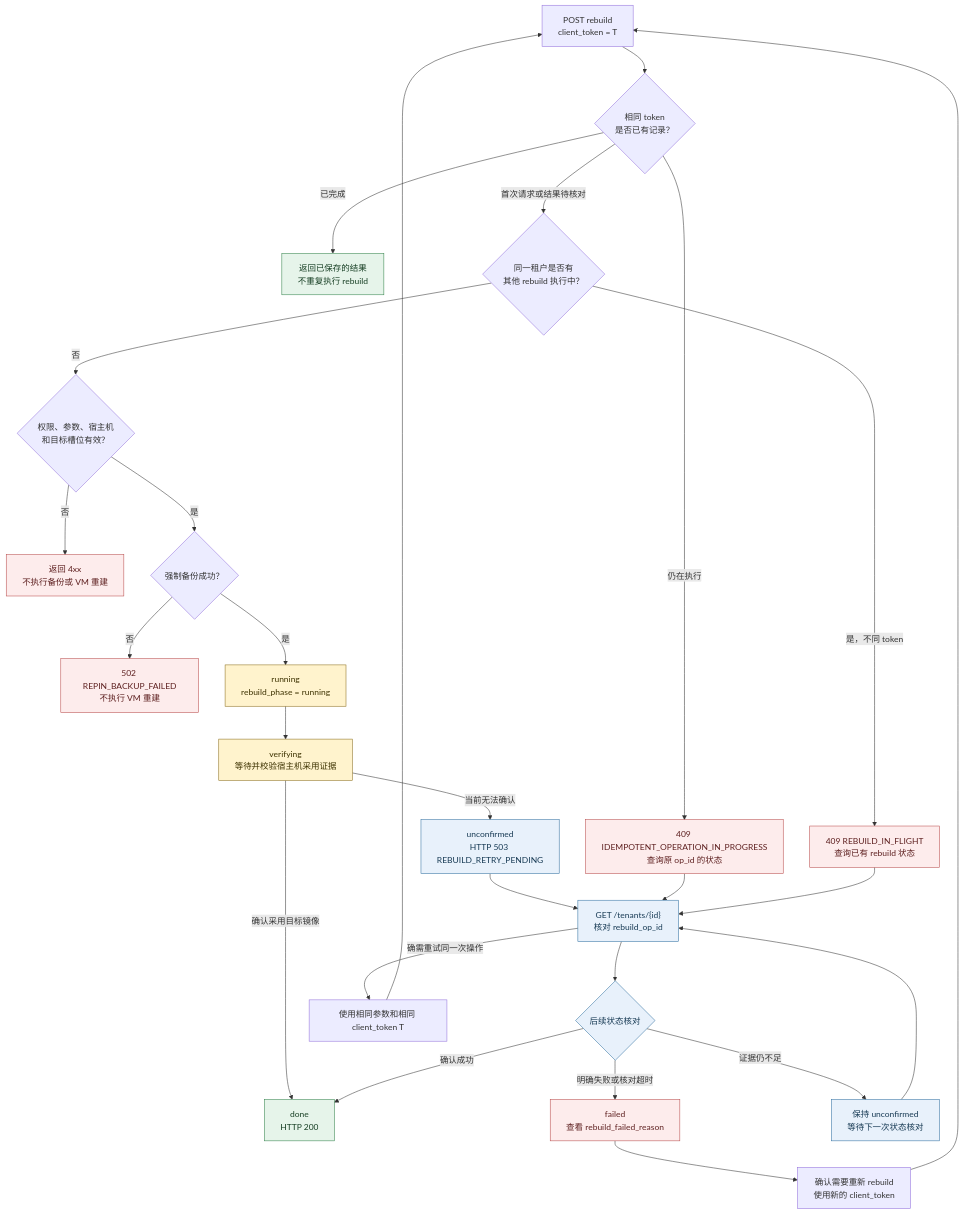
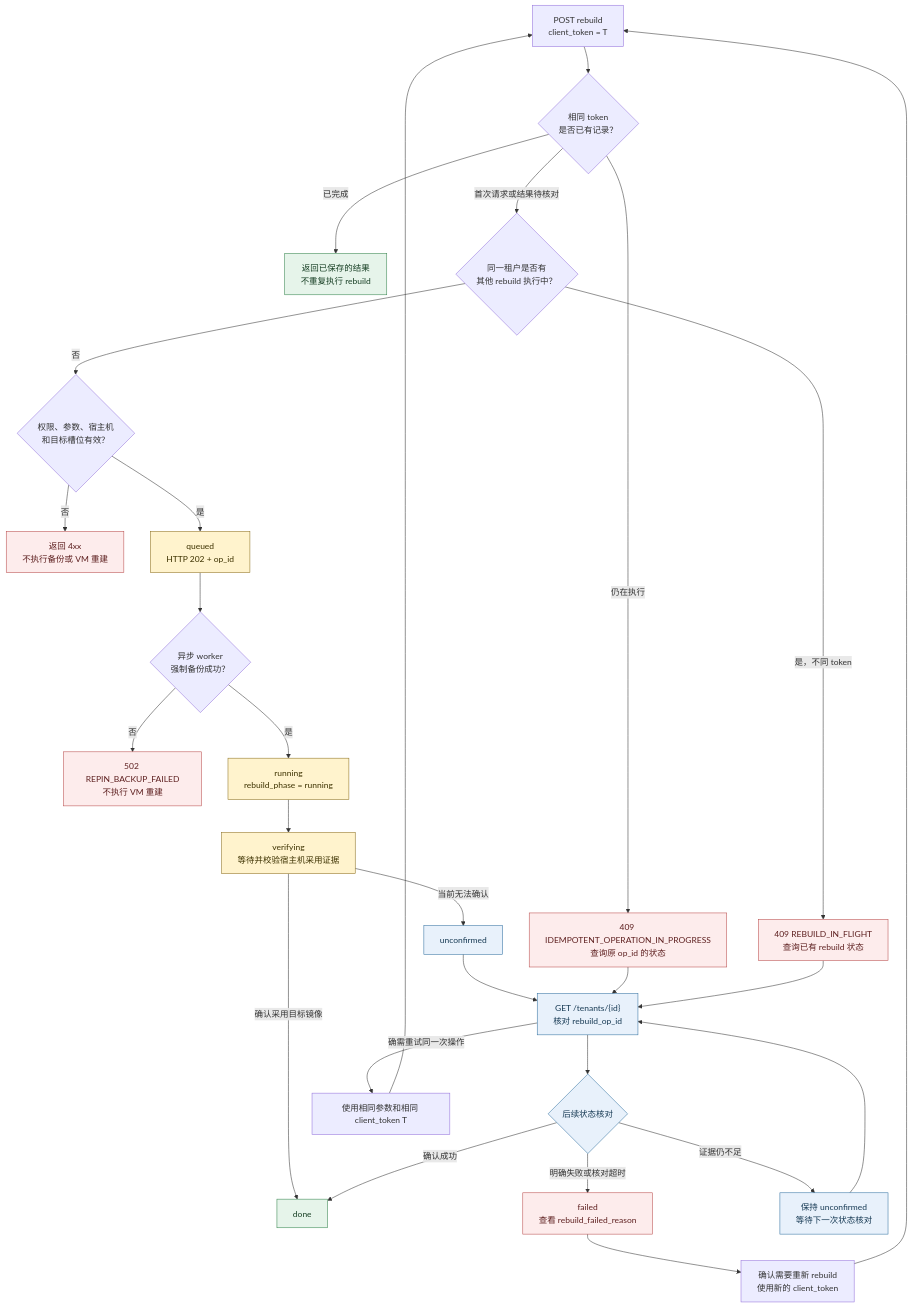
Before and after one commit to aws-samples/sample-multi-tenant-openclaw-on-firecracker: the diagram in docs/api/rebuild-api.md, drawn with Mermaid. The commit also changed other lines of this file and 26 other files, not shown here.

````diff
--- a/docs/api/rebuild-api.md
+++ b/docs/api/rebuild-api.md
@@ -119,41 +120,42 @@
 ```mermaid
 flowchart TD
     A["POST rebuild<br/>client_token = T"] --> B{"相同 token<br/>是否已有记录？"}
     B -->|"已完成"| B1["返回已保存的结果<br/>不重复执行 rebuild"]
     B -->|"仍在执行"| B2["409 IDEMPOTENT_OPERATION_IN_PROGRESS<br/>查询原 op_id 的状态"]
     B -->|"首次请求或结果待核对"| C{"同一租户是否有<br/>其他 rebuild 执行中？"}
 
     C -->|"是，不同 token"| C1["409 REBUILD_IN_FLIGHT<br/>查询已有 rebuild 状态"]
     C -->|"否"| D{"权限、参数、宿主机<br/>和目标槽位有效？"}
     D -->|"否"| D1["返回 4xx<br/>不执行备份或 VM 重建"]
-    D -->|"是"| E{"强制备份成功？"}
+    D -->|"是"| QUEUED["queued<br/>HTTP 202 + op_id"]
+    QUEUED --> E{"异步 worker<br/>强制备份成功？"}
     E -->|"否"| E1["502 REPIN_BACKUP_FAILED<br/>不执行 VM 重建"]
     E -->|"是"| R["running<br/>rebuild_phase = running"]
     R --> V["verifying<br/>等待并校验宿主机采用证据"]
 
-    V -->|"确认采用目标镜像"| DONE["done<br/>HTTP 200"]
-    V -->|"当前无法确认"| U["unconfirmed<br/>HTTP 503 REBUILD_RETRY_PENDING"]
+    V -->|"确认采用目标镜像"| DONE["done"]
+    V -->|"当前无法确认"| U["unconfirmed"]
 
     U --> P["GET /tenants/{id}<br/>核对 rebuild_op_id"]
     P --> Q{"后续状态核对"}
     Q -->|"确认成功"| DONE
     Q -->|"明确失败或核对超时"| FAILED["failed<br/>查看 rebuild_failed_reason"]
     Q -->|"证据仍不足"| WAIT["保持 unconfirmed<br/>等待下一次状态核对"]
     WAIT --> P
 
     B2 --> P
     C1 --> P
     P -->|"确需重试同一次操作"| RETRY["使用相同参数和相同 client_token T"]
     RETRY --> A
     FAILED --> NEW["确认需要重新 rebuild<br/>使用新的 client_token"]
     NEW --> A
 
     classDef active fill:#fff3cd,stroke:#8a6d1d,color:#3d3200
     classDef uncertain fill:#e8f1fb,stroke:#2f6f9f,color:#173a54
     classDef success fill:#e6f4ea,stroke:#31824a,color:#173f24
     classDef failure fill:#fdecec,stroke:#b84a4a,color:#5e2020
-    class R,V active
+    class QUEUED,R,V active
     class U,WAIT,P,Q uncertain
     class DONE,B1 success
     class FAILED,D1,E1,B2,C1 failure
 ```
````
